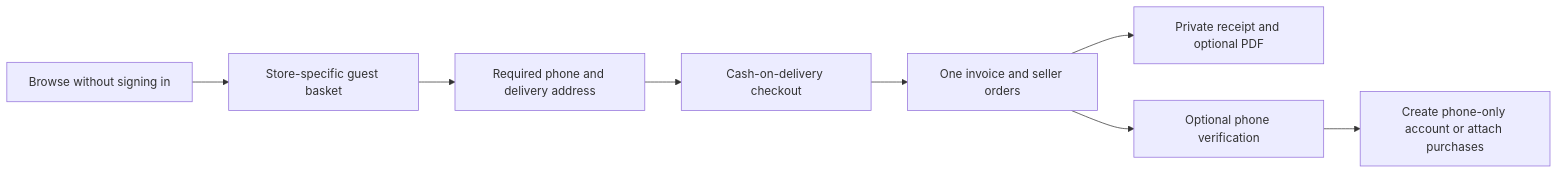
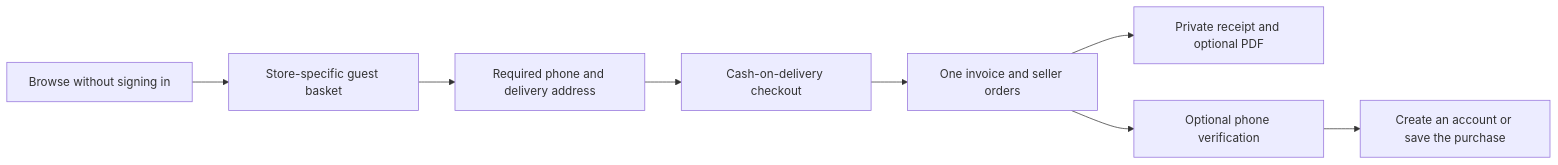
Before and after one commit to mahmoudkhairy159/CartJoin-Client-Docs: the diagram in content/docs/en/workflows/guest-checkout.mdx, drawn with Mermaid. The commit also changed other lines of this file and 11 other files, not shown here.

````diff
--- a/content/docs/en/workflows/guest-checkout.mdx
+++ b/content/docs/en/workflows/guest-checkout.mdx
@@ -41,10 +43,10 @@
 ```mermaid
 flowchart LR
   A[Browse without signing in] --> B[Store-specific guest basket]
   B --> C[Required phone and delivery address]
   C --> D[Cash-on-delivery checkout]
   D --> E[One invoice and seller orders]
   E --> F[Private receipt and optional PDF]
   E --> G[Optional phone verification]
-  G --> H[Create phone-only account or attach purchases]
+  G --> H[Create an account or save the purchase]
 ```
````
